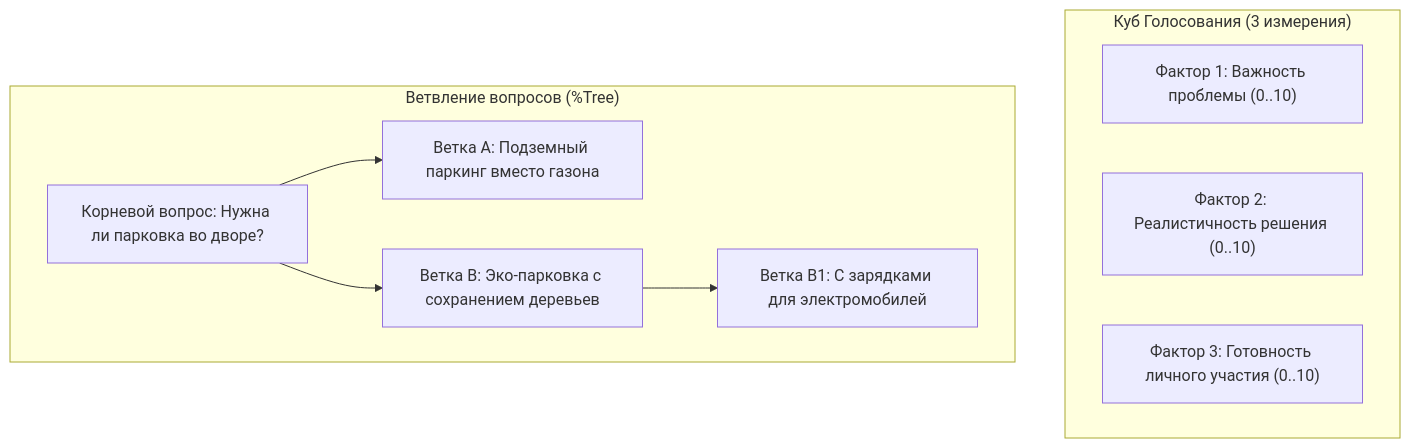
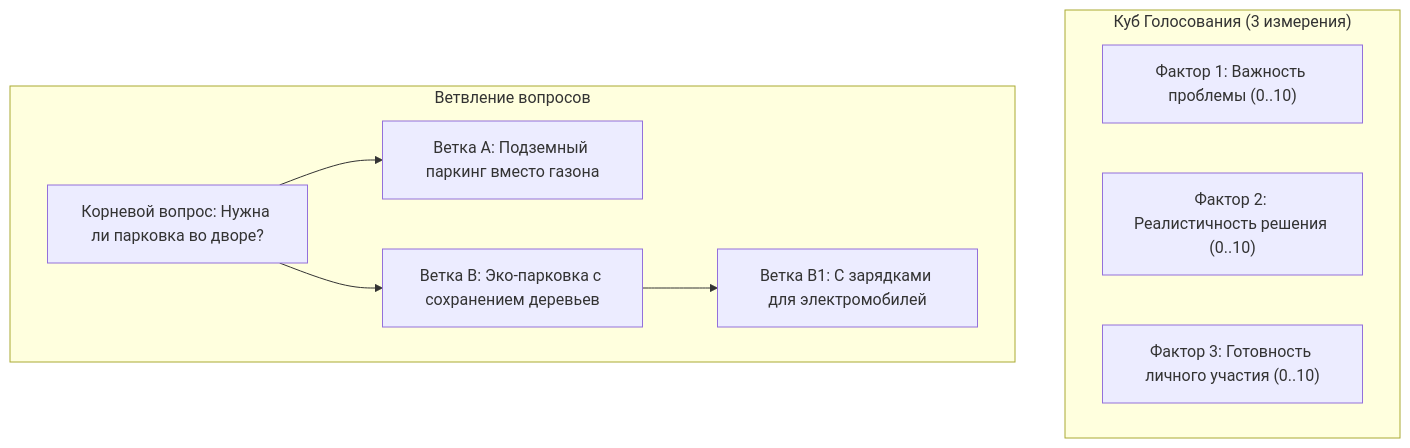
The second of 4 diagrams in shared_docs/whitepapers/02_applications_suite_whitepaper.md (Data-Independence-Network/presentations), drawn with Mermaid before and after one commit. The commit also changed other lines of this file and 6 other files, not shown here.

First line of the commit message:
docs(whitepapers): integrate smart contract FSM architecture and clean percent tags

````diff
--- a/shared_docs/whitepapers/02_applications_suite_whitepaper.md
+++ b/shared_docs/whitepapers/02_applications_suite_whitepaper.md
@@ -92,14 +92,14 @@
 ```mermaid
 graph TD
     subgraph Voting_Cube ["Куб Голосования (3 измерения)"]
         F1["Фактор 1: Важность проблемы (0..10)"]
         F2["Фактор 2: Реалистичность решения (0..10)"]
         F3["Фактор 3: Готовность личного участия (0..10)"]
     end
-    subgraph Tree_Branching ["Ветвление вопросов (%Tree)"]
+    subgraph Tree_Branching ["Ветвление вопросов"]
         Q["Корневой вопрос: Нужна ли парковка во дворе?"]
         Q --> A1["Ветка A: Подземный паркинг вместо газона"]
         Q --> A2["Ветка B: Эко-парковка с сохранением деревьев"]
         A2 --> A2_1["Ветка B1: С зарядками для электромобилей"]
     end
 ```
````
